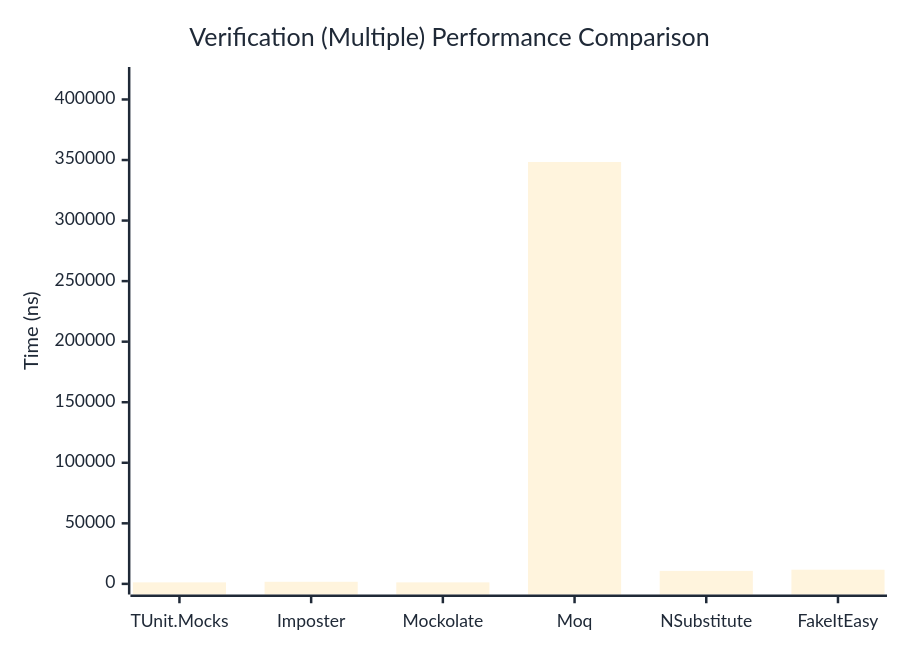
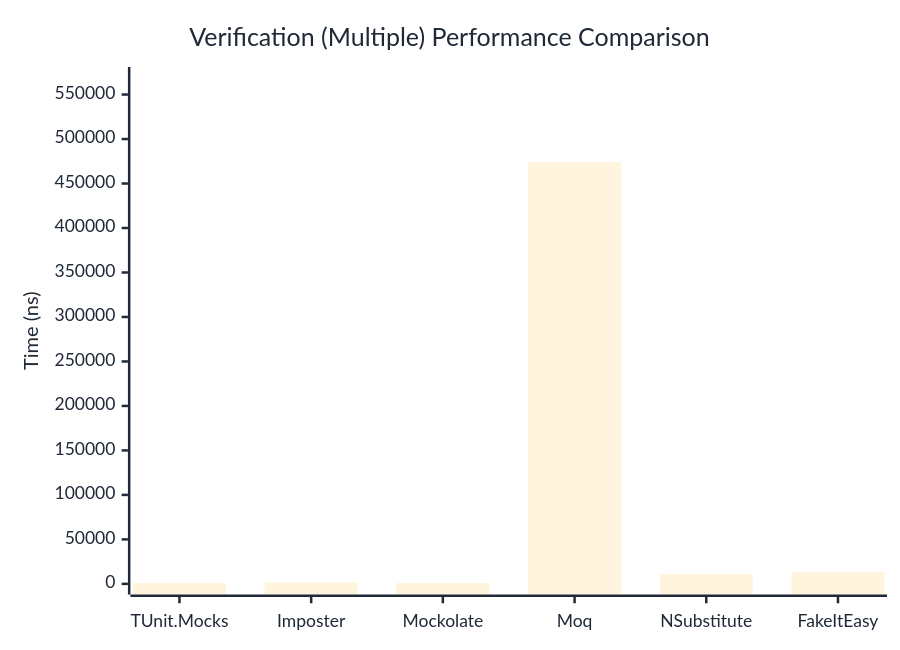
One commit to thomhurst/TUnit changed the third of 3 diagrams in docs/docs/benchmarks/mocks/Verification.md. Above: the diagram before and after it, drawn with Mermaid. The commit also changed other lines of this file and 14 other files, not shown here.

````diff
--- a/docs/docs/benchmarks/mocks/Verification.md
+++ b/docs/docs/benchmarks/mocks/Verification.md
@@ -110,27 +110,27 @@
 ```mermaid
 %%{init: {
   'theme':'base',
   'themeVariables': {
     'primaryColor': '#2563eb',
     'primaryTextColor': '#1f2937',
     'primaryBorderColor': '#1e40af',
     'lineColor': '#6b7280',
     'secondaryColor': '#7c3aed',
     'tertiaryColor': '#dc2626',
     'background': '#ffffff',
     'pie1': '#2563eb',
     'pie2': '#7c3aed',
     'pie3': '#dc2626',
     'pie4': '#f59e0b',
     'pie5': '#10b981',
     'pie6': '#06b6d4',
     'pie7': '#ec4899',
     'pie8': '#6366f1'
   }
 }}%%
 xychart-beta
   title "Verification (Multiple) Performance Comparison"
   x-axis ["TUnit.Mocks", "Imposter", "Mockolate", "Moq", "NSubstitute", "FakeItEasy"]
-  y-axis "Time (ns)" 0 --> 418035
-  bar [1251.75, 1730.02, 1240.19, 348362.29, 10711.46, 11695.33]
+  y-axis "Time (ns)" 0 --> 569022
+  bar [1111.16, 1767.78, 1073.42, 474184.79, 11068.04, 13418.53]
 ```
````
